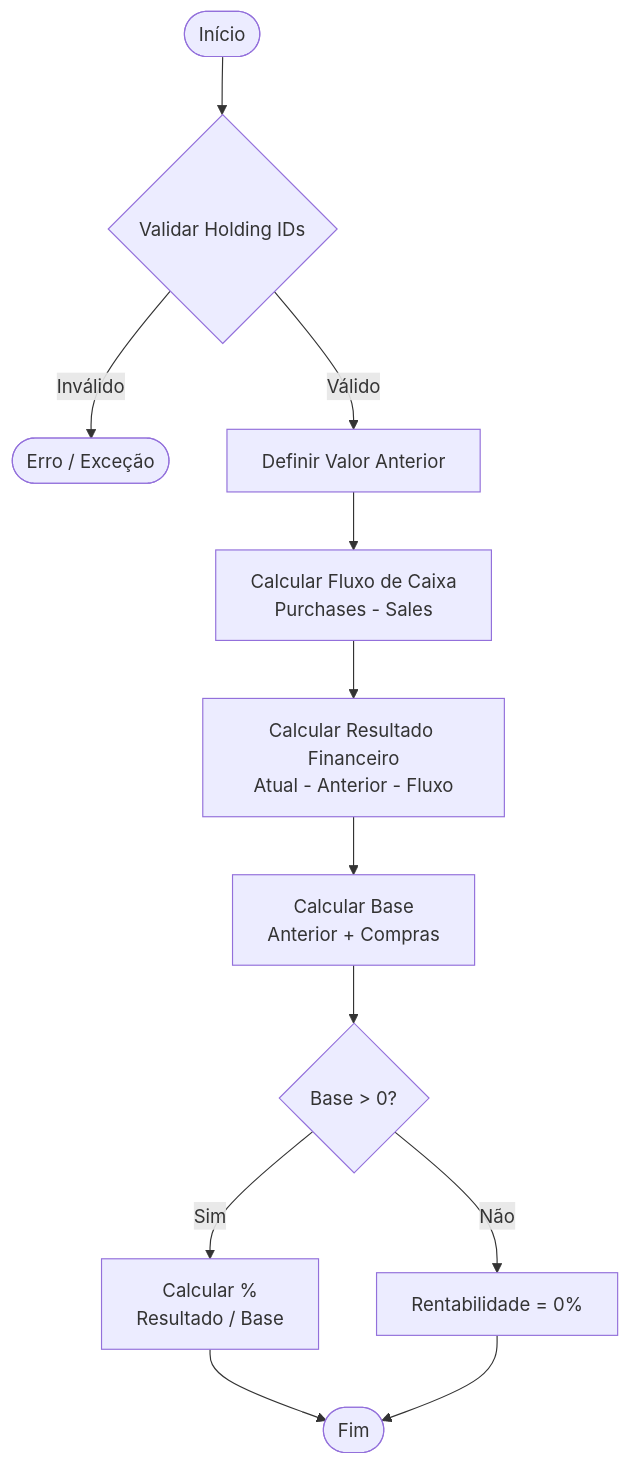
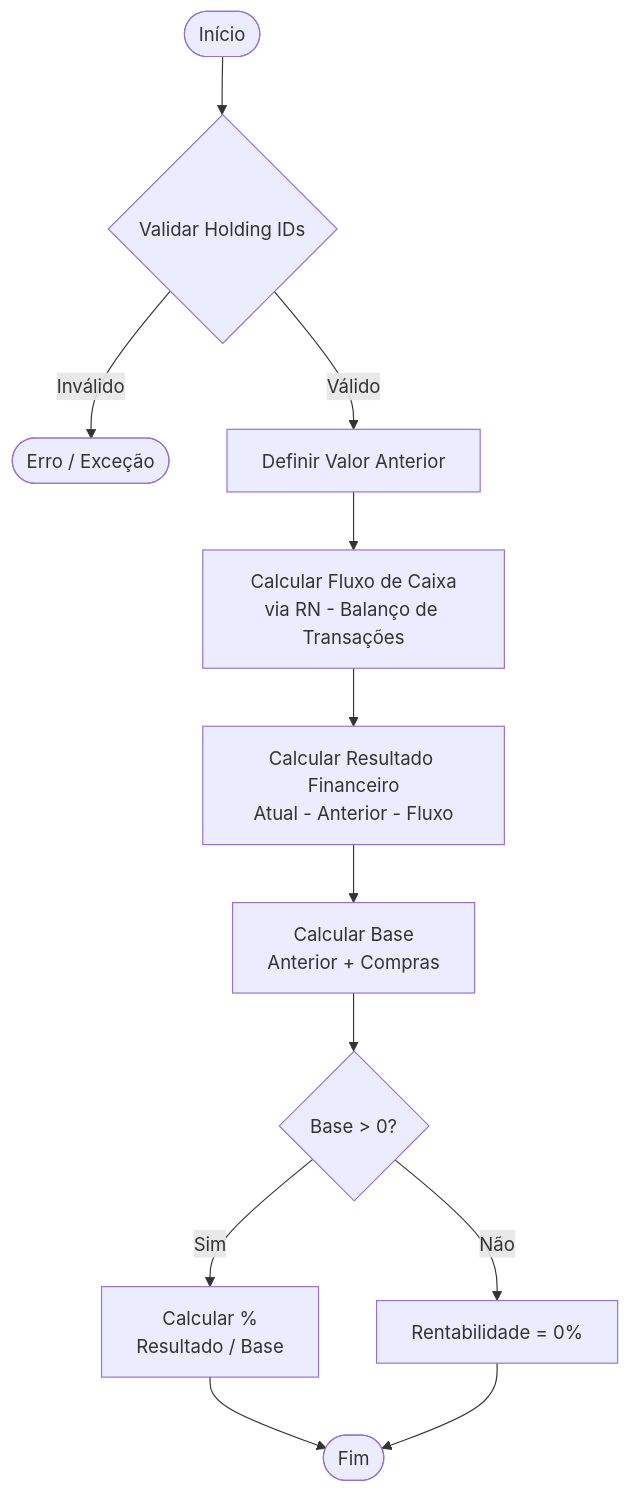
The diagram in docs/rules/RN - Calcular Lucro ou Prejuizo de uma Posição.md (enirsilvaferraz/Investments-KMP), drawn with Mermaid before and after one commit. The commit also changed other lines of this file and 3 other files, not shown here.

````diff
--- a/docs/rules/RN - Calcular Lucro ou Prejuizo de uma Posição.md
+++ b/docs/rules/RN - Calcular Lucro ou Prejuizo de uma Posição.md
@@ -6,14 +6,14 @@
 ```mermaid
 flowchart TD
     Start([Início]) --> Validate{Validar Holding IDs}
     Validate -- Inválido --> Error([Erro / Exceção])
     Validate -- Válido --> CalcPrev[Definir Valor Anterior]
-    CalcPrev --> CalcFlow[Calcular Fluxo de Caixa<br/>Purchases - Sales]
+    CalcPrev --> CalcFlow[Calcular Fluxo de Caixa<br/>via RN - Balanço de Transações]
     CalcFlow --> CalcFinResult[Calcular Resultado Financeiro<br/>Atual - Anterior - Fluxo]
     CalcFinResult --> CalcBase[Calcular Base<br/>Anterior + Compras]
     CalcBase --> CheckBase{Base > 0?}
     CheckBase -- Sim --> CalcPerc[Calcular %<br/>Resultado / Base]
     CheckBase -- Não --> ZeroPerc[Rentabilidade = 0%]
     CalcPerc --> End([Fim])
     ZeroPerc --> End
 ```
````
